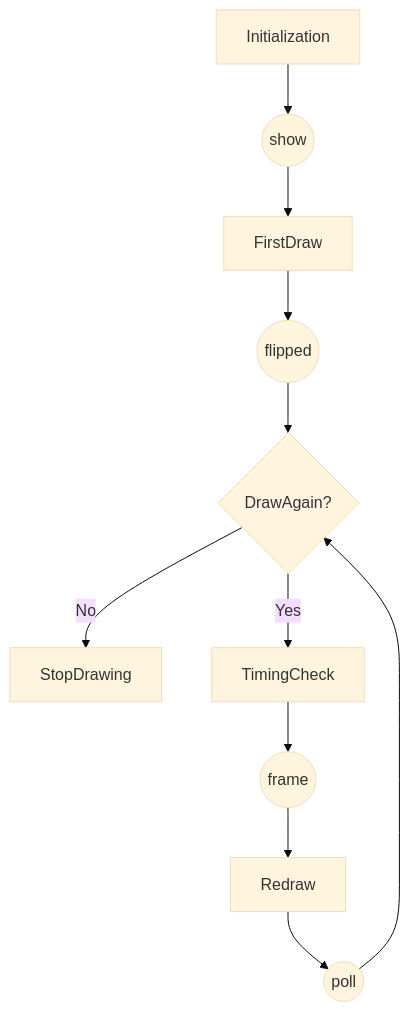
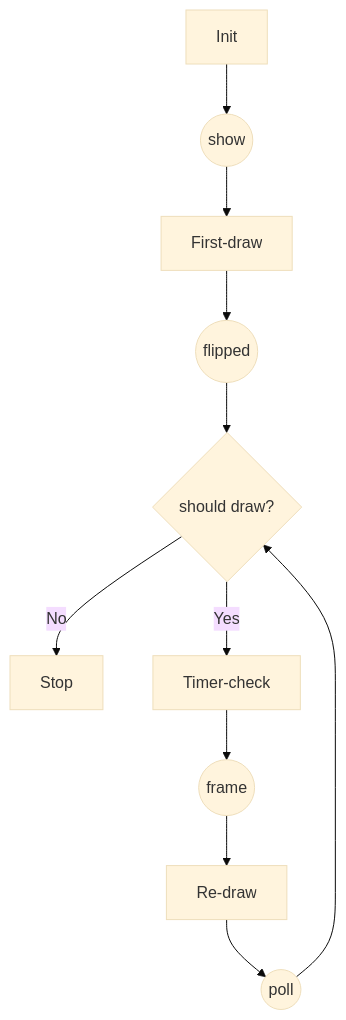
One commit to bluebonesx/psychopy-scene changed the diagram in README.md. Above: the diagram before and after it, drawn with Mermaid (base theme). The commit also changed other lines of this file and 1 other file, not shown here.

````diff
--- a/README.md
+++ b/README.md
@@ -152,6 +177,6 @@
 ```mermaid
 graph TD
-Initialization --> s((show)) --> FirstDraw --> f((flipped)) --> c{DrawAgain?}
-c -->|No| StopDrawing
-c -->|Yes| TimingCheck --> a((frame)) --> Redraw --> p((poll)) --> c
+Init --> s((show)) --> First-draw --> f((flipped)) --> c{should draw?}
+c -->|No| Stop
+c -->|Yes| Timer-check --> a((frame)) --> Re-draw --> p((poll)) --> c
 ```
````
